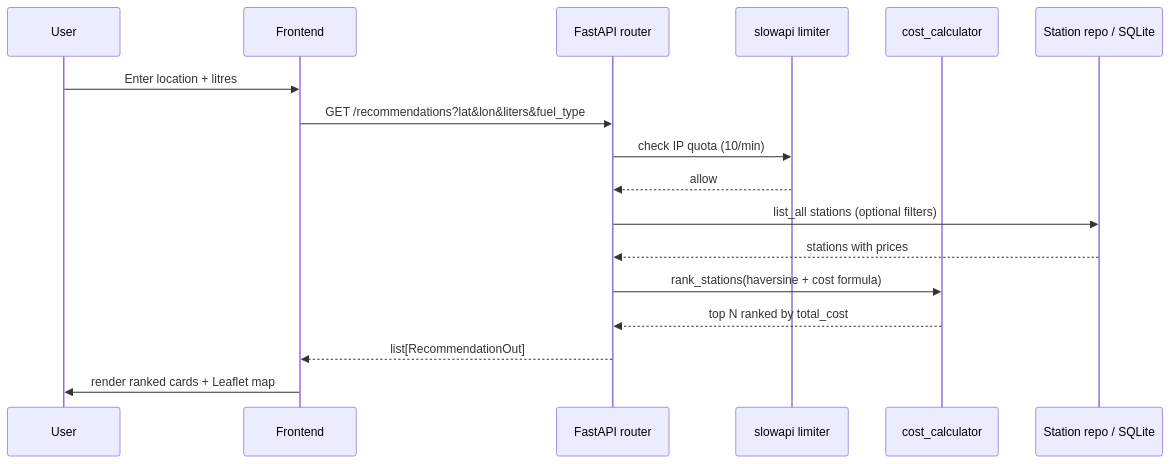
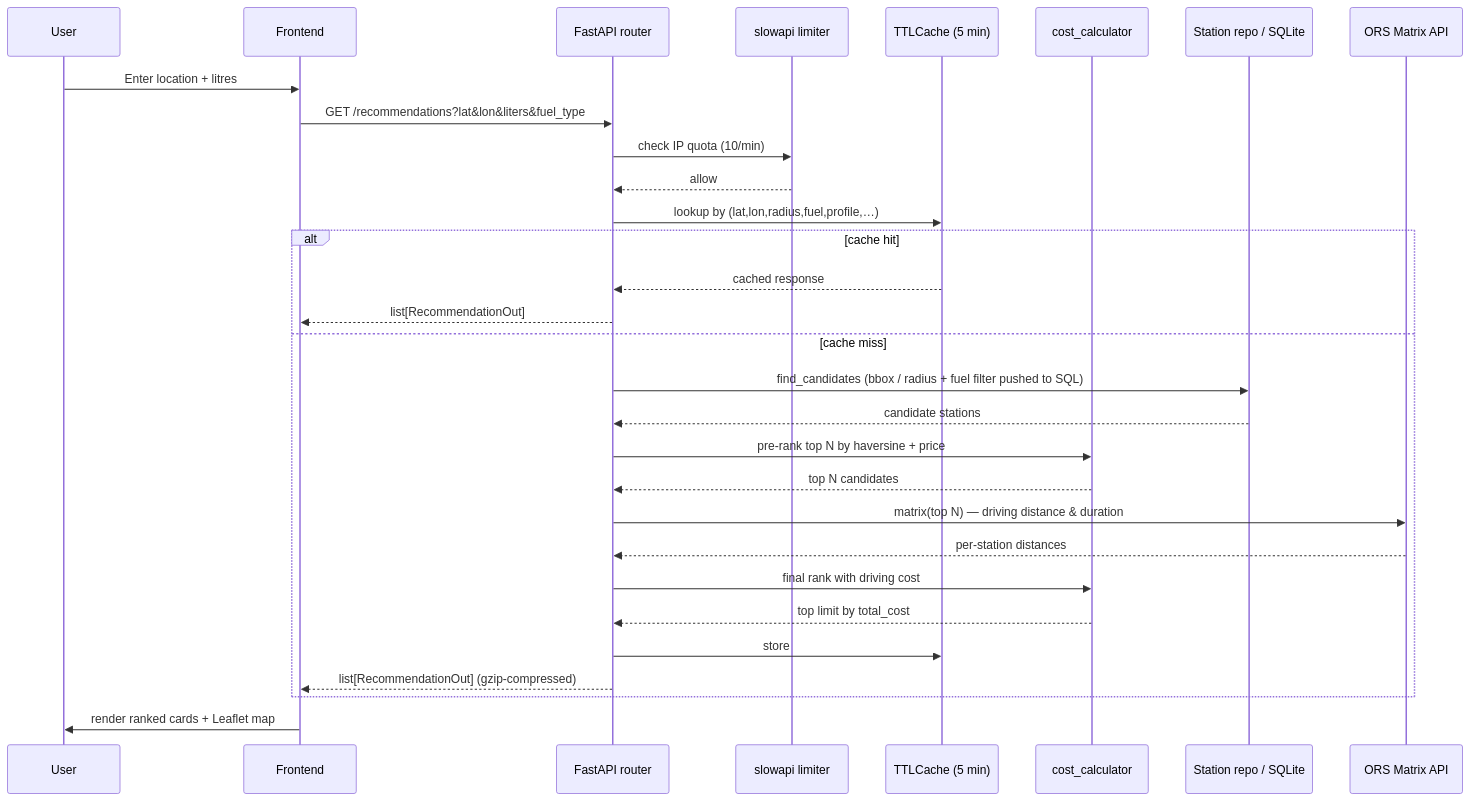
One commit to JoanOliver04/Data_Fuel changed the second of 2 diagrams in README.md. Above: the diagram before and after it, drawn with Mermaid. The commit also changed other lines of this file, not shown here.

````diff
--- a/README.md
+++ b/README.md
@@ -122,20 +123,33 @@
 ```mermaid
 sequenceDiagram
     participant U as User
     participant F as Frontend
     participant R as FastAPI router
     participant RL as slowapi limiter
+    participant C as TTLCache (5 min)
     participant S as cost_calculator
     participant DB as Station repo / SQLite
+    participant ORS as ORS Matrix API
 
     U->>F: Enter location + litres
     F->>R: GET /recommendations?lat&lon&liters&fuel_type
     R->>RL: check IP quota (10/min)
     RL-->>R: allow
-    R->>DB: list_all stations (optional filters)
-    DB-->>R: stations with prices
-    R->>S: rank_stations(haversine + cost formula)
-    S-->>R: top N ranked by total_cost
-    R-->>F: list[RecommendationOut]
+    R->>C: lookup by (lat,lon,radius,fuel,profile,…)
+    alt cache hit
+        C-->>R: cached response
+        R-->>F: list[RecommendationOut]
+    else cache miss
+        R->>DB: find_candidates (bbox / radius + fuel filter pushed to SQL)
+        DB-->>R: candidate stations
+        R->>S: pre-rank top N by haversine + price
+        S-->>R: top N candidates
+        R->>ORS: matrix(top N) — driving distance & duration
+        ORS-->>R: per-station distances
+        R->>S: final rank with driving cost
+        S-->>R: top limit by total_cost
+        R->>C: store
+        R-->>F: list[RecommendationOut] (gzip-compressed)
+    end
     F->>U: render ranked cards + Leaflet map
 ```
````
